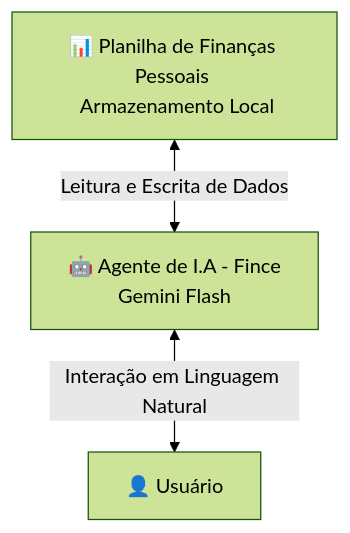
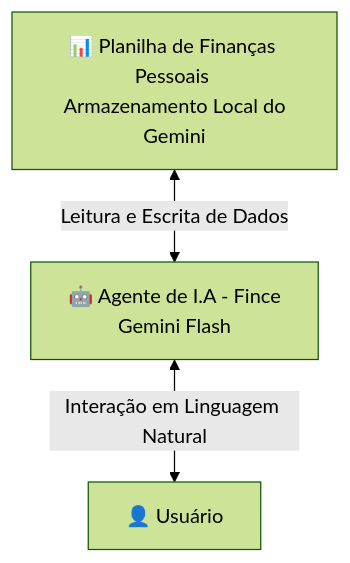
One commit to AlderARS/Projeto_Final_Bootcamp changed the diagram in README.md. Above: the diagram before and after it, drawn with Mermaid (forest theme).

Commit message:
Update spreadsheet name in README.md

````diff
--- a/README.md
+++ b/README.md
@@ -11,9 +11,9 @@
 ```mermaid
 graph TD
-    Planilha[📊 Planilha de Finanças Pessoais <br> Armazenamento Local]
+    Planilha[📊 Planilha de Finanças Pessoais <br> Armazenamento Local do Gemini]
     Agente[🤖 Agente de I.A - Fince <br> Gemini Flash]
     Usuario[👤 Usuário]
 
     Planilha <-->|Leitura e Escrita de Dados| Agente
     Agente <-->|Interação em Linguagem Natural| Usuario
 ```
````
